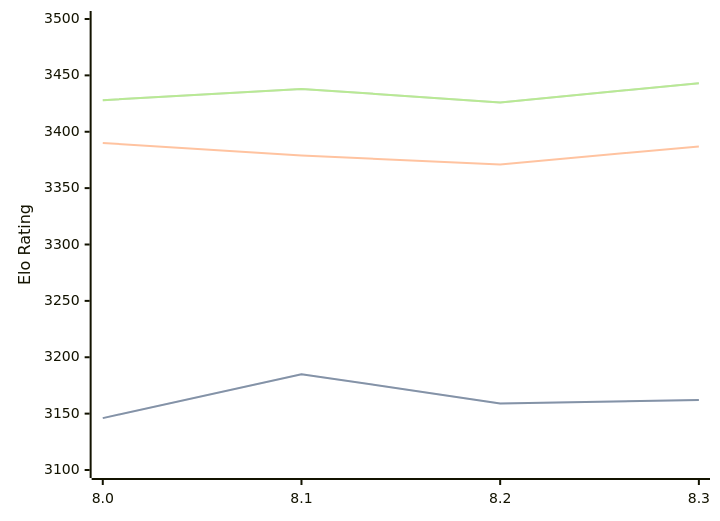
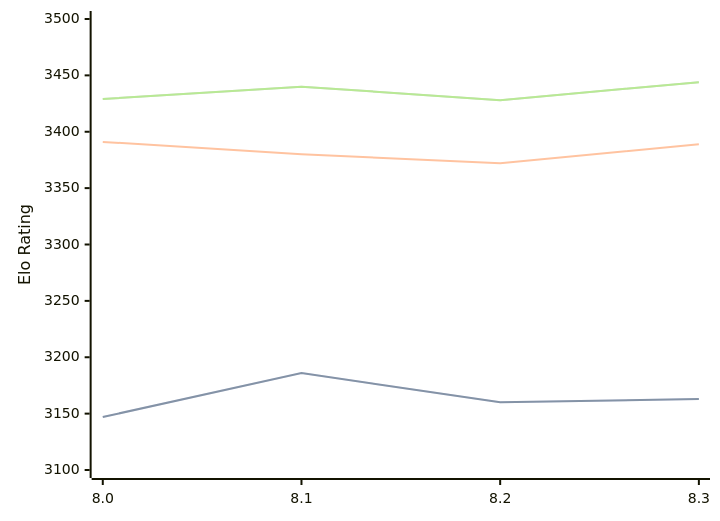
The diagram in engines/Alexander.md (computer-chess-index/cci), drawn with Mermaid before and after one commit. The commit also changed other lines of this file, not shown here.

Commit message:
Update CCI Ratings (ELO VLTC) - 2026-10-09

````diff
--- a/engines/Alexander.md
+++ b/engines/Alexander.md
@@ -34,11 +34,11 @@
 ```mermaid
 %%{init: {"theme":"base","themeVariables":{"seriesColors:['#a3a3a3','#222221','#faa371']}}}%%
 xychart-beta
   x-axis ["8.0", "8.1", "8.2", "8.3"]
   y-axis "Elo Rating" 3100 --> 3500
-  line "" [3146, 3185, 3159, 3162]
-  line "STC (8.0+0.08s)" [3146, 3185, 3159, 3162]
-  line "LTC (60.0+0.60s)" [3390, 3379, 3371, 3387]
-  line "" [3428, 3438, 3426, 3443]
-  line "VLTC (2m24s+1.12s)" [3428, 3438, 3426, 3443]
+  line "" [3147, 3186, 3160, 3163]
+  line "STC (8.0+0.08s)" [3147, 3186, 3160, 3163]
+  line "LTC (60.0+0.60s)" [3391, 3380, 3372, 3389]
+  line "" [3429, 3440, 3428, 3444]
+  line "VLTC (2m24s+1.12s)" [3429, 3440, 3428, 3444]
 ```
````
